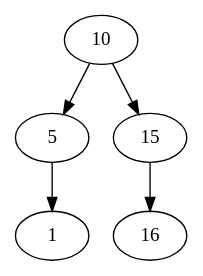
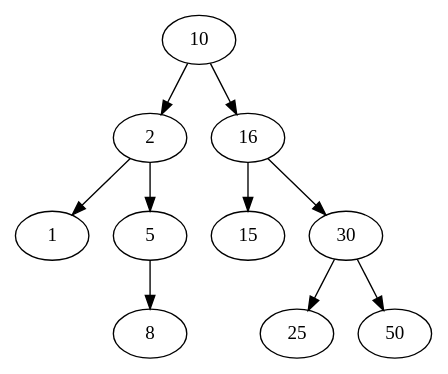
The diagram in ejemplo.dot (pablooren/EDD_SmartClass_201314881), drawn with Graphviz before and after one commit. The commit also changed 7 other files, not shown here.

```diff
--- a/ejemplo.dot
+++ b/ejemplo.dot
@@ -1,12 +1,22 @@
 digraph arbol {
 n10[label= "10"];
+n2[label= "2"];
+n1[label= "1"];
 n5[label= "5"];
-n1[label= "1"];
+n8[label= "8"];
+n16[label= "16"];
 n15[label= "15"];
-n16[label= "16"];
+n30[label= "30"];
+n25[label= "25"];
+n50[label= "50"];
 
-n10 -> n5
-n10 -> n15
-n5 -> n1
-n15 -> n16
+n10 -> n2
+n10 -> n16
+n2 -> n1
+n2 -> n5
+n5 -> n8
+n16 -> n15
+n16 -> n30
+n30 -> n25
+n30 -> n50
 }
```
